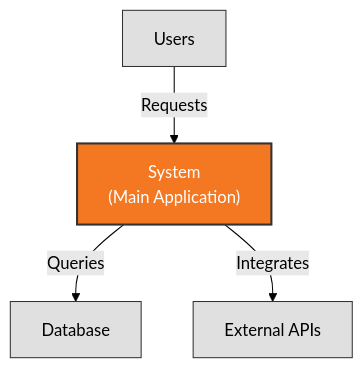
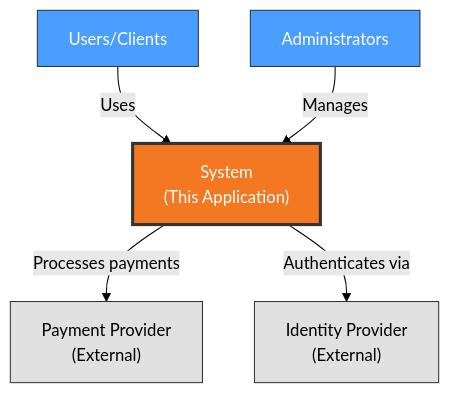
The first of 3 diagrams in templates/AD-template.md (tikalk/agentic-sdlc-spec-kit), drawn with Mermaid (forest theme) before and after one commit. The commit also changed other lines of this file and 5 other files, not shown here.

First line of the commit message:
fix(architect): add --views flag support and enforce Context View blackbox

````diff
--- a/templates/AD-template.md
+++ b/templates/AD-template.md
@@ -66,17 +68,29 @@
 ```mermaid
 graph TD
-    Users["Users"]
-    System["System<br/>(Main Application)"]
-    Database["Database"]
-    ExternalAPI["External APIs"]
+    %% Stakeholders (human actors)
+    Users["Users/Clients"]
+    Admins["Administrators"]
     
-    Users -->|Requests| System
-    System -->|Queries| Database
-    System -->|Integrates| ExternalAPI
+    %% THE SYSTEM - Single blackbox
+    System["System<br/>(This Application)"]
     
-    classDef systemNode fill:#f47721,stroke:#333,stroke-width:2px,color:#fff
+    %% External Systems (third-party, outside your control)
+    ExtPayment["Payment Provider<br/>(External)"]
+    ExtAuth["Identity Provider<br/>(External)"]
+    
+    %% Stakeholder interactions
+    Users -->|"Uses"| System
+    Admins -->|"Manages"| System
+    
+    %% External system integrations
+    System -->|"Processes payments"| ExtPayment
+    System -->|"Authenticates via"| ExtAuth
+    
+    classDef systemNode fill:#f47721,stroke:#333,stroke-width:3px,color:#fff
+    classDef stakeholderNode fill:#4a9eff,stroke:#333,stroke-width:1px,color:#fff
     classDef externalNode fill:#e0e0e0,stroke:#333,stroke-width:1px
     
     class System systemNode
-    class Users,Database,ExternalAPI externalNode
+    class Users,Admins stakeholderNode
+    class ExtPayment,ExtAuth externalNode
 ```
````
